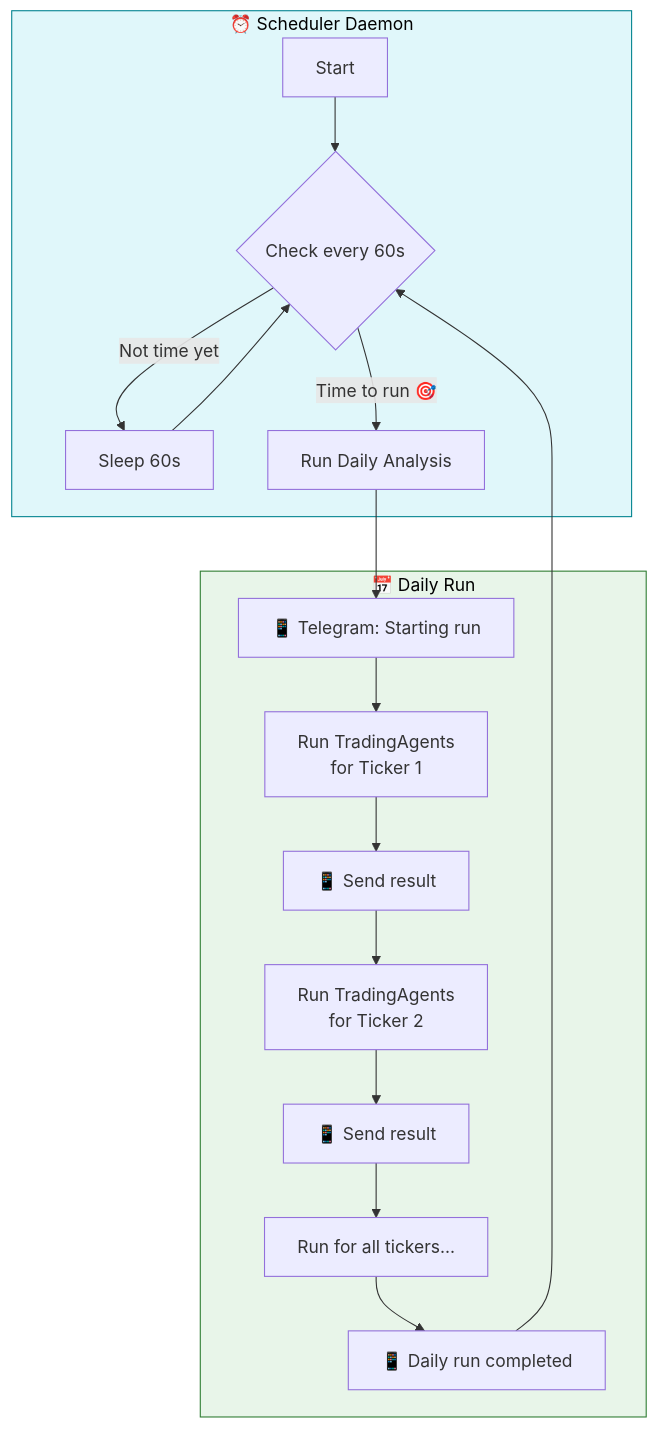
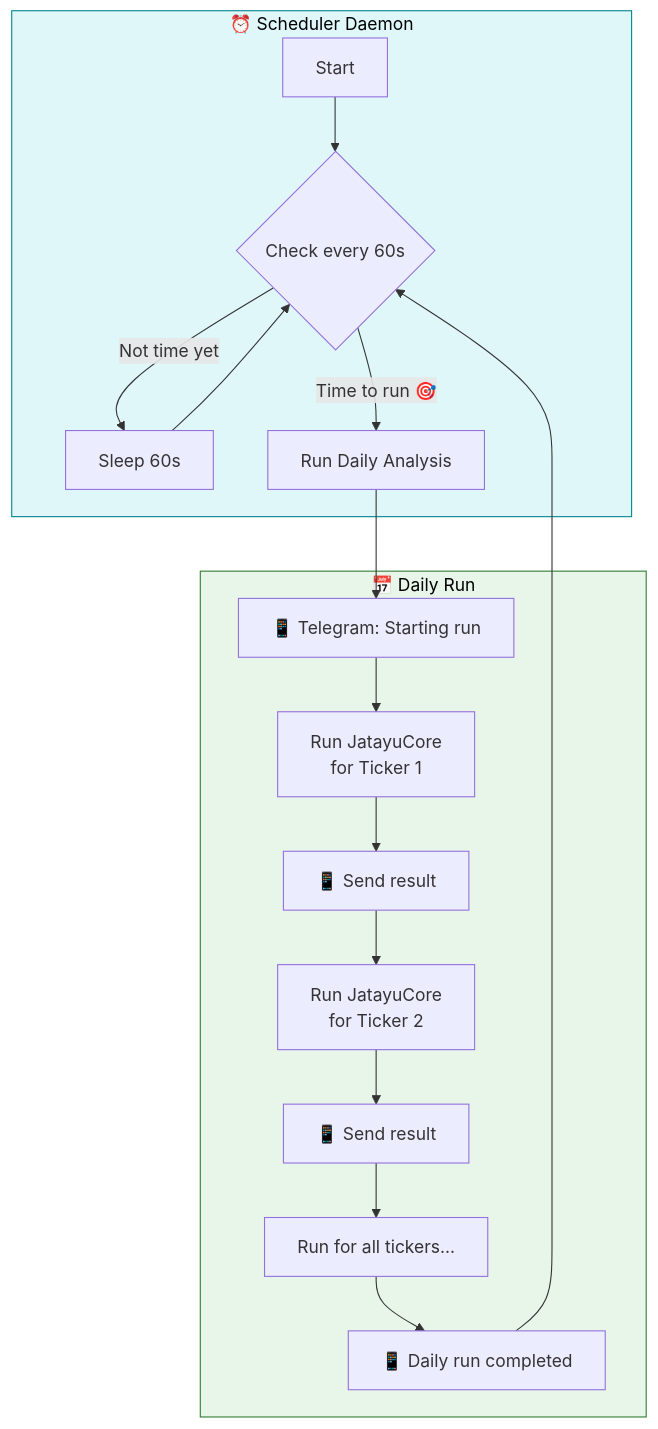
Before and after one commit to komelImoet/JatayuCore: the first of 2 diagrams in docs/scheduler.md, drawn with Mermaid. The commit also changed other lines of this file and 18 other files, not shown here.

First line of the commit message:
rename: TradingAgents → JatayuCore (docs, CLI, Telegram, Docker)

````diff
--- a/docs/scheduler.md
+++ b/docs/scheduler.md
@@ -7,24 +7,24 @@
 ```mermaid
 flowchart TB
     subgraph Scheduler["⏰ Scheduler Daemon"]
         START[Start] --> LOOP{Check every 60s}
         LOOP -->|Not time yet| WAIT[Sleep 60s]
         WAIT --> LOOP
         LOOP -->|Time to run 🎯| RUN[Run Daily Analysis]
     end
     
     subgraph DailyRun["📅 Daily Run"]
         RUN --> TG1[📱 Telegram: Starting run]
-        TG1 --> T1[Run TradingAgents<br/>for Ticker 1]
+        TG1 --> T1[Run JatayuCore<br/>for Ticker 1]
         T1 --> TG2[📱 Send result]
-        TG2 --> T2[Run TradingAgents<br/>for Ticker 2]
+        TG2 --> T2[Run JatayuCore<br/>for Ticker 2]
         T2 --> TG3[📱 Send result]
         TG3 --> TN[Run for all tickers...]
         TN --> DONE[📱 Daily run completed]
     end
     
     DONE --> LOOP
     
     style Scheduler fill:#e0f7fa,stroke:#00838f,color:#000
     style DailyRun fill:#e8f5e9,stroke:#2e7d32,color:#000
 ```
````
